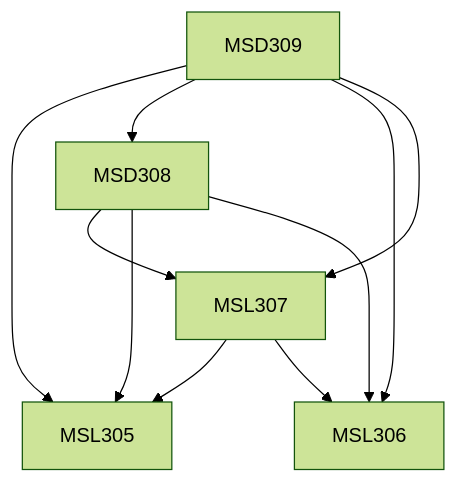
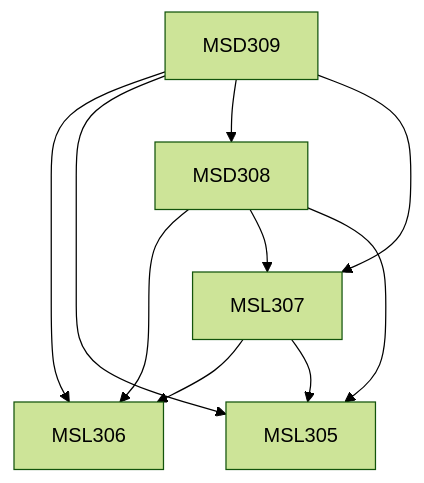
The diagram in content/Management Studies/MSD309.md (KeshavBansal0122/CoS_Website), drawn with Mermaid (forest theme) before and after one commit. The commit also changed other lines of this file and 2662 other files, not shown here.

````diff
--- a/content/Management Studies/MSD309.md
+++ b/content/Management Studies/MSD309.md
@@ -13,16 +13,16 @@
 ```mermaid
 flowchart TD
 MSD309-509[MSD309]
+MSD308-509 --> MSL306-509[MSL306]
+MSD309-509 --> MSL306-509[MSL306]
+MSD309-509 --> MSL305-509[MSL305]
+MSD309-509 --> MSD308-509[MSD308]
+MSD309-509 --> MSL307-509[MSL307]
 MSD308-509 --> MSL307-509[MSL307]
 MSD308-509 --> MSL305-509[MSL305]
-MSD309-509 --> MSL305-509[MSL305]
-MSD309-509 --> MSD308-509[MSD308]
-MSD309-509 --> MSL306-509[MSL306]
-MSD309-509 --> MSL307-509[MSL307]
+MSL307-509 --> MSL306-509[MSL306]
 MSL307-509 --> MSL305-509[MSL305]
-MSL307-509 --> MSL306-509[MSL306]
-MSD308-509 --> MSL306-509[MSL306]
 
 classDef empty height:17px, fill:transparent, stroke:transparent;
 classDef trueEmpty height:0px, width:0px;
 ```
````
